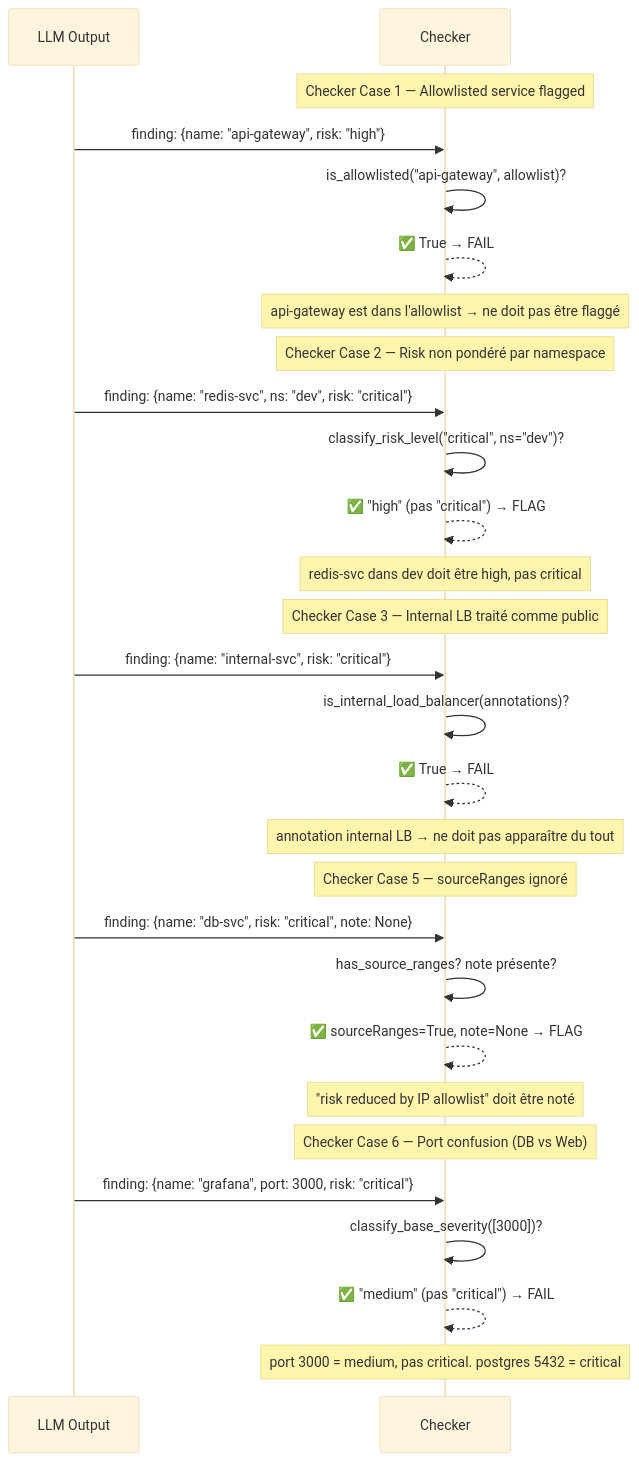
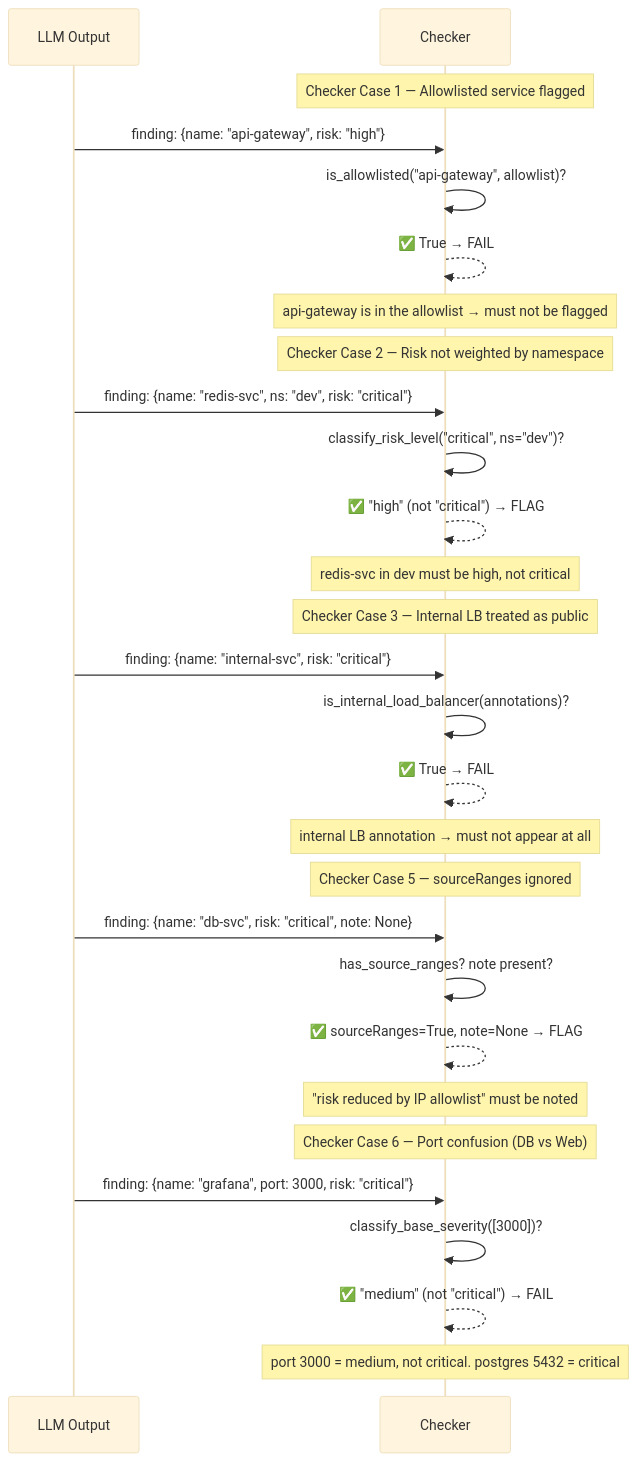
The third of 3 diagrams in docs/use-cases/85-unintended-external-exposure-detection.md (hexa-tools/hexawyn), drawn with Mermaid (base theme) before and after one commit. The commit also changed other lines of this file and 53 other files, not shown here.

Commit message:
chore: refactor diagram

````diff
--- a/docs/use-cases/85-unintended-external-exposure-detection.md
+++ b/docs/use-cases/85-unintended-external-exposure-detection.md
@@ -104,40 +104,40 @@
 ```mermaid
 sequenceDiagram
     participant LLM Output
     participant Checker
 
     Note over Checker: Checker Case 1 — Allowlisted service flagged
 
     LLM Output->>Checker: finding: {name: "api-gateway", risk: "high"}
     Checker->>Checker: is_allowlisted("api-gateway", allowlist)?
     Checker-->>Checker: ✅ True → FAIL
-    Note over Checker: api-gateway est dans l'allowlist → ne doit pas être flaggé
+    Note over Checker: api-gateway is in the allowlist → must not be flagged
 
-    Note over Checker: Checker Case 2 — Risk non pondéré par namespace
+    Note over Checker: Checker Case 2 — Risk not weighted by namespace
 
     LLM Output->>Checker: finding: {name: "redis-svc", ns: "dev", risk: "critical"}
     Checker->>Checker: classify_risk_level("critical", ns="dev")?
-    Checker-->>Checker: ✅ "high" (pas "critical") → FLAG
-    Note over Checker: redis-svc dans dev doit être high, pas critical
+    Checker-->>Checker: ✅ "high" (not "critical") → FLAG
+    Note over Checker: redis-svc in dev must be high, not critical
 
-    Note over Checker: Checker Case 3 — Internal LB traité comme public
+    Note over Checker: Checker Case 3 — Internal LB treated as public
 
     LLM Output->>Checker: finding: {name: "internal-svc", risk: "critical"}
     Checker->>Checker: is_internal_load_balancer(annotations)?
     Checker-->>Checker: ✅ True → FAIL
-    Note over Checker: annotation internal LB → ne doit pas apparaître du tout
+    Note over Checker: internal LB annotation → must not appear at all
 
-    Note over Checker: Checker Case 5 — sourceRanges ignoré
+    Note over Checker: Checker Case 5 — sourceRanges ignored
 
     LLM Output->>Checker: finding: {name: "db-svc", risk: "critical", note: None}
-    Checker->>Checker: has_source_ranges? note présente?
+    Checker->>Checker: has_source_ranges? note present?
     Checker-->>Checker: ✅ sourceRanges=True, note=None → FLAG
-    Note over Checker: "risk reduced by IP allowlist" doit être noté
+    Note over Checker: "risk reduced by IP allowlist" must be noted
 
     Note over Checker: Checker Case 6 — Port confusion (DB vs Web)
 
     LLM Output->>Checker: finding: {name: "grafana", port: 3000, risk: "critical"}
     Checker->>Checker: classify_base_severity([3000])?
-    Checker-->>Checker: ✅ "medium" (pas "critical") → FAIL
-    Note over Checker: port 3000 = medium, pas critical. postgres 5432 = critical
+    Checker-->>Checker: ✅ "medium" (not "critical") → FAIL
+    Note over Checker: port 3000 = medium, not critical. postgres 5432 = critical
 ```
````
